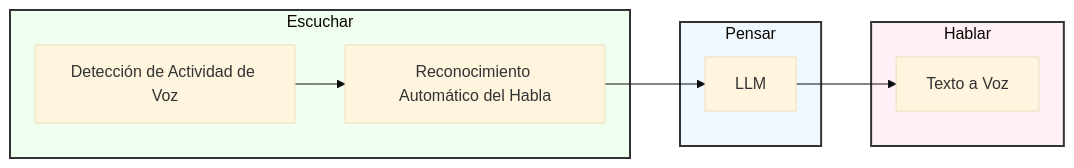
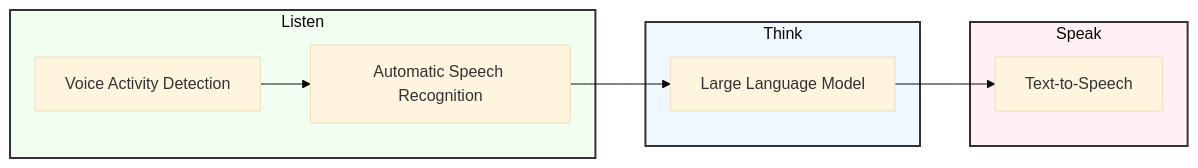
The diagram in README.md (aastroza/cachai), drawn with Mermaid (base theme) before and after one commit. The commit also changed other lines of this file, not shown here.

````diff
--- a/README.md
+++ b/README.md
@@ -7,19 +7,19 @@
 ```mermaid
 graph LR
-    subgraph Escuchar
-    A[Detección de Actividad de Voz] --> B[Reconocimiento Automático del Habla]
+    subgraph Listen
+    A[Voice Activity Detection] --> B[Automatic Speech Recognition]
     end
-    subgraph Pensar
-    C[LLM]
+    subgraph Think
+    C[Large Language Model]
     end
-    subgraph Hablar
-    D[Texto a Voz]
+    subgraph Speak
+    D[Text-to-Speech]
     end
     
     B --> C
     C --> D
     
-    style Escuchar fill:#f0fff0,stroke:#333,stroke-width:2px
-    style Pensar fill:#f0f8ff,stroke:#333,stroke-width:2px
-    style Hablar fill:#fff0f5,stroke:#333,stroke-width:2px
+    style Listen fill:#f0fff0,stroke:#333,stroke-width:2px
+    style Think fill:#f0f8ff,stroke:#333,stroke-width:2px
+    style Speak fill:#fff0f5,stroke:#333,stroke-width:2px
 ```
````
